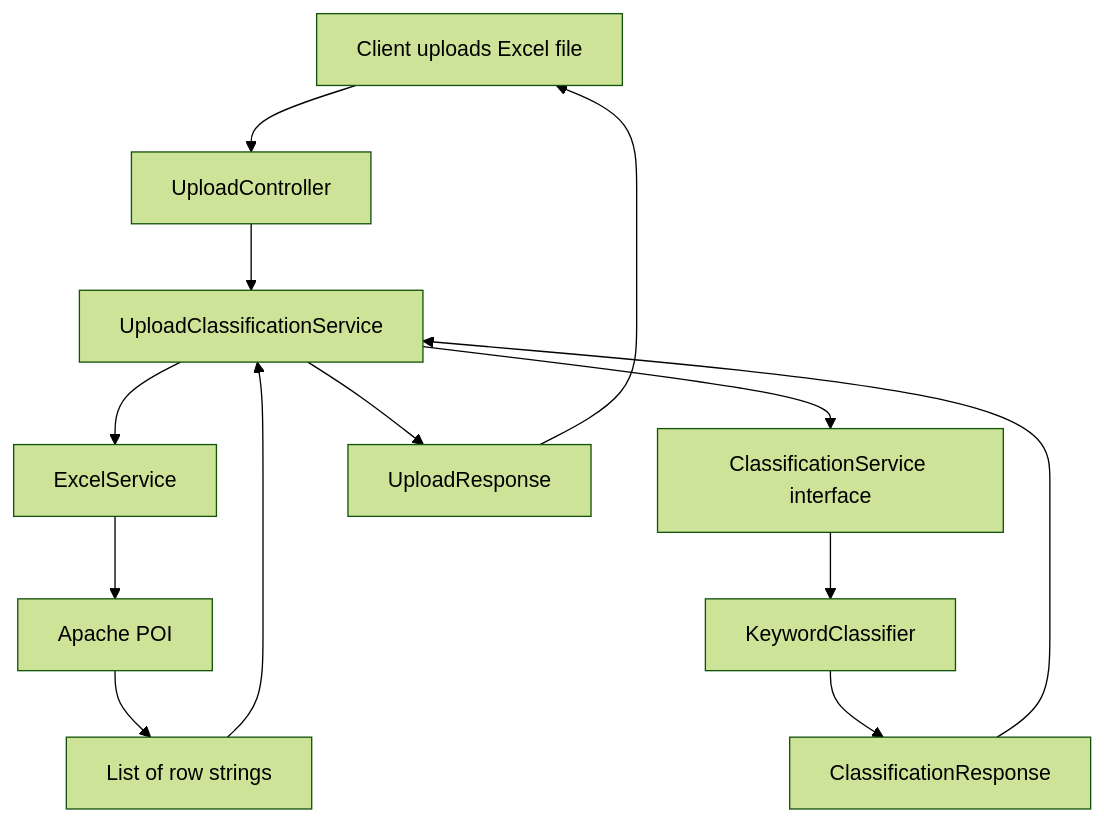
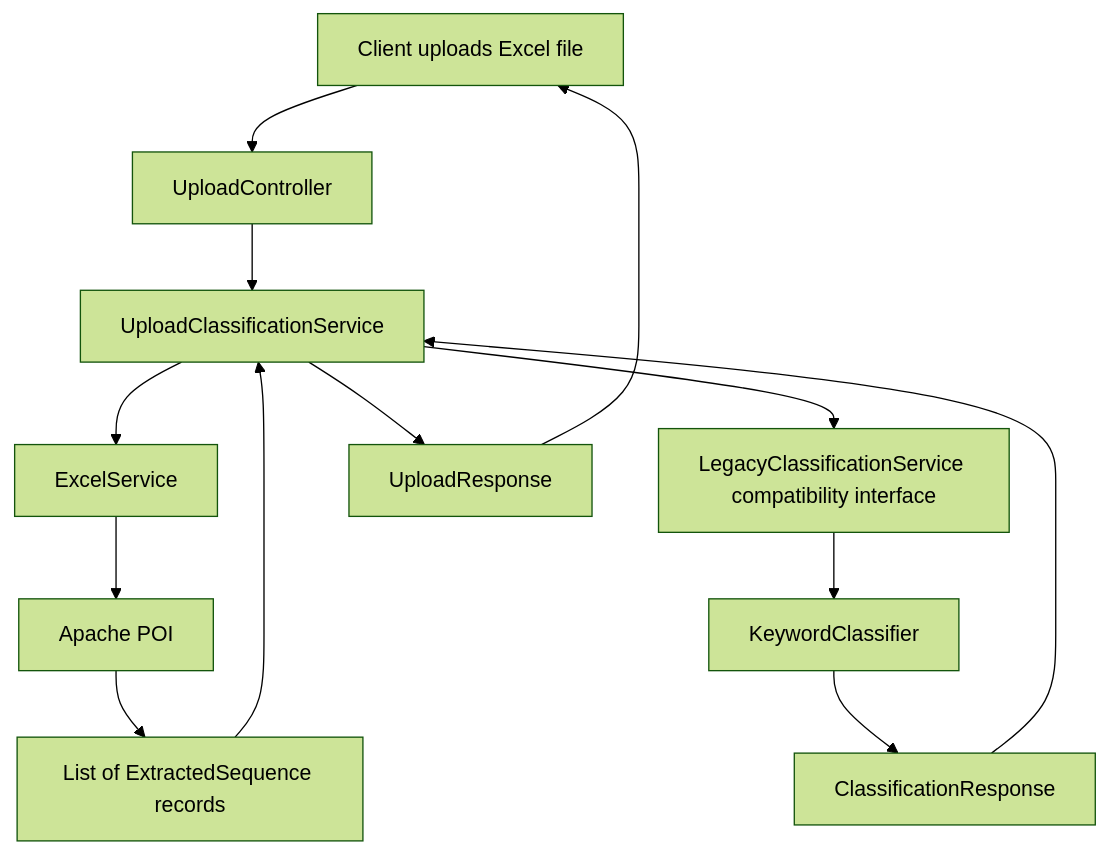
The first of 5 diagrams in README.md (S-SuryaPrakash/FanityPro), drawn with Mermaid (forest theme) before and after one commit. The commit also changed other lines of this file and 26 other files, not shown here.

````diff
--- a/README.md
+++ b/README.md
@@ -18,15 +28,15 @@
 ```mermaid
 flowchart TD
     Client[Client uploads Excel file] --> UC[UploadController]
     UC --> UCS[UploadClassificationService]
     UCS --> ES[ExcelService]
     ES --> POI[Apache POI]
-    POI --> Rows[List of row strings]
+    POI --> Rows[List of ExtractedSequence records]
     Rows --> UCS
-    UCS --> CS[ClassificationService interface]
+    UCS --> CS[LegacyClassificationService compatibility interface]
     CS --> KC[KeywordClassifier]
     KC --> CR[ClassificationResponse]
     CR --> UCS
     UCS --> UR[UploadResponse]
     UR --> Client
 ```
````
